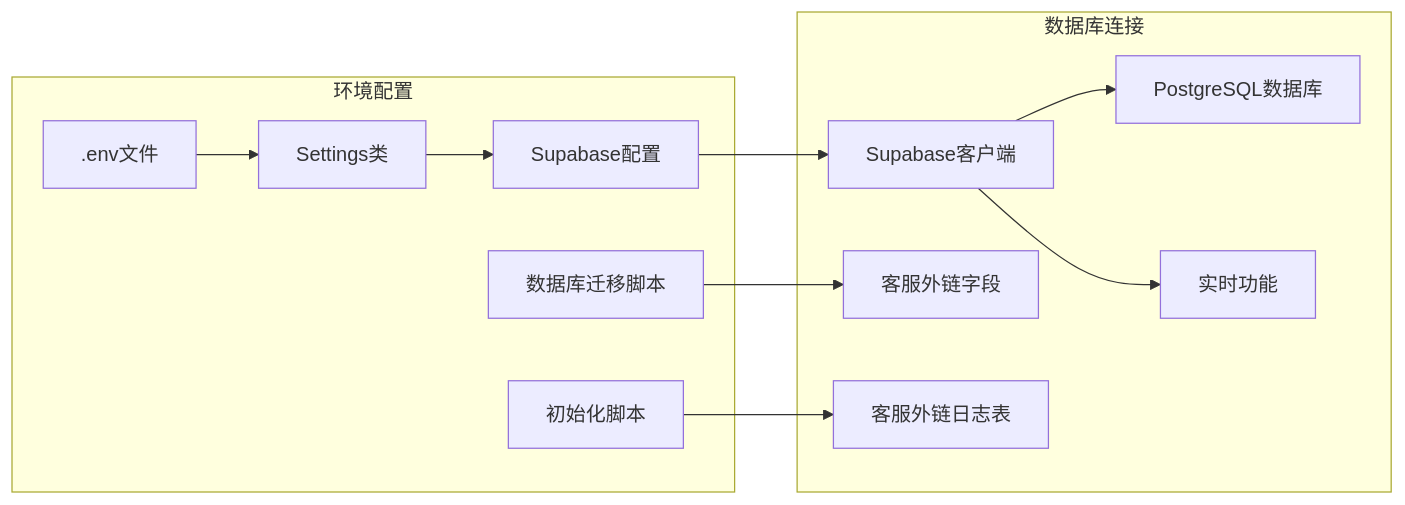
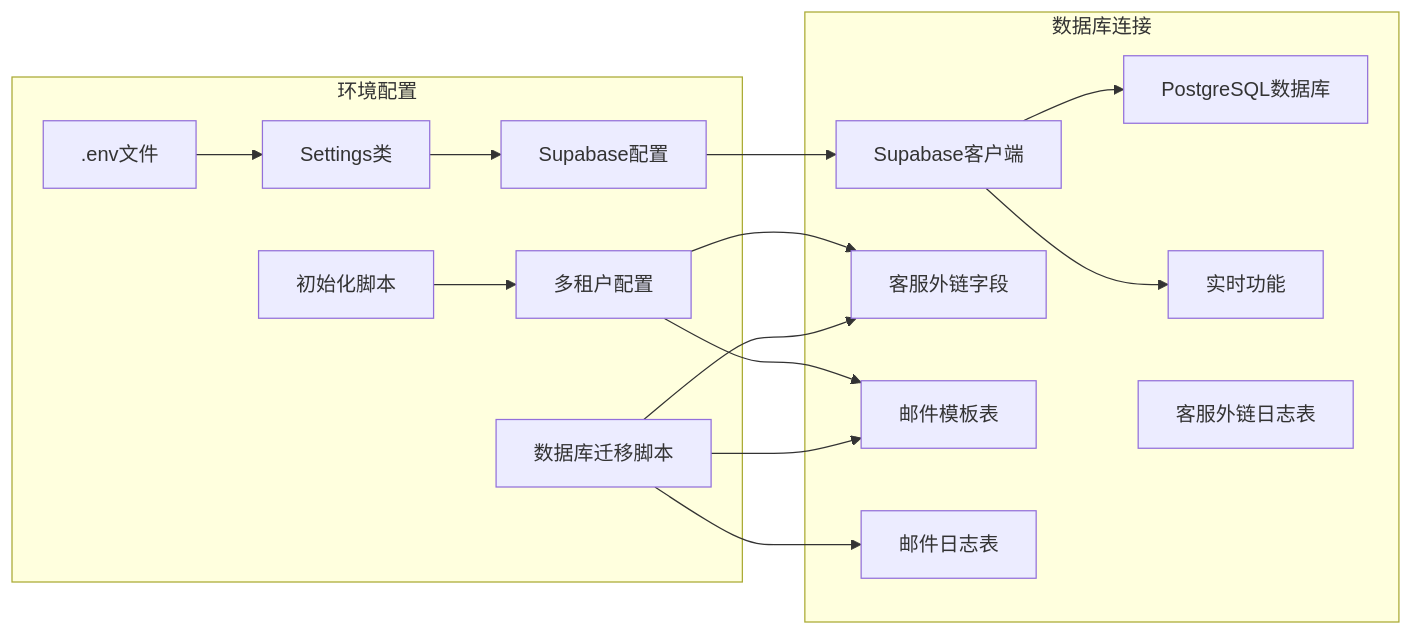
One commit to SY6621/POD-Order-Management changed diagram 16 of 19 in .qoder/repowiki/zh/content/项目概述.md. Above: the diagram before and after it, drawn with Mermaid. The commit also changed other lines of this file and 8 other files, not shown here.

````diff
--- a/.qoder/repowiki/zh/content/项目概述.md
+++ b/.qoder/repowiki/zh/content/项目概述.md
@@ -681,24 +890,31 @@
 ```mermaid
 graph LR
 subgraph "环境配置"
 ENV[.env文件]
 Settings[Settings类]
 SupabaseConfig[Supabase配置]
 MigrationScript[数据库迁移脚本]
 InitScript[初始化脚本]
+MultiTenant[多租户配置]
 end
 subgraph "数据库连接"
 SupabaseClient[Supabase客户端]
 PostgresDB[PostgreSQL数据库]
 Realtime[实时功能]
 ServiceLinkFields[客服外链字段]
 ServiceLinkLogs[客服外链日志表]
+EmailTemplates[邮件模板表]
+EmailLogs[邮件日志表]
 end
 ENV --> Settings
 Settings --> SupabaseConfig
 SupabaseConfig --> SupabaseClient
 SupabaseClient --> PostgresDB
 SupabaseClient --> Realtime
 MigrationScript --> ServiceLinkFields
-InitScript --> ServiceLinkLogs
+MigrationScript --> EmailTemplates
+MigrationScript --> EmailLogs
+InitScript --> MultiTenant
+MultiTenant --> ServiceLinkFields
+MultiTenant --> EmailTemplates
 ```
````
